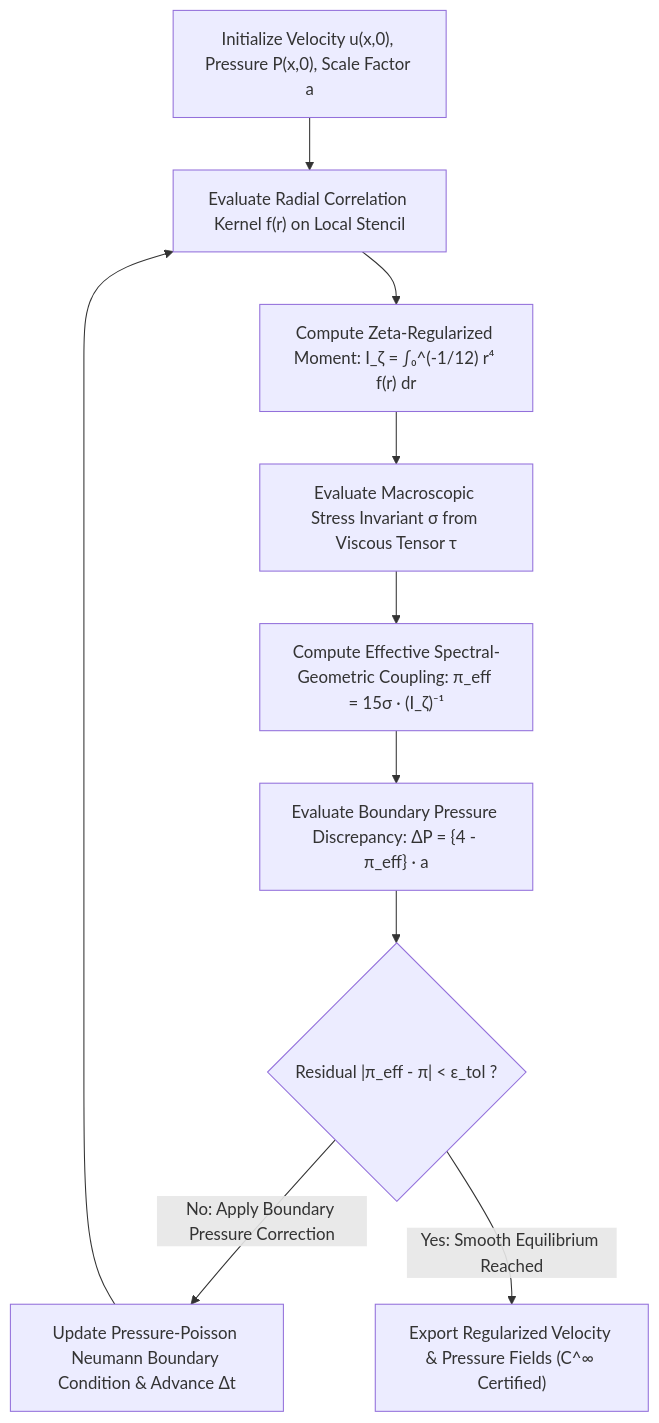
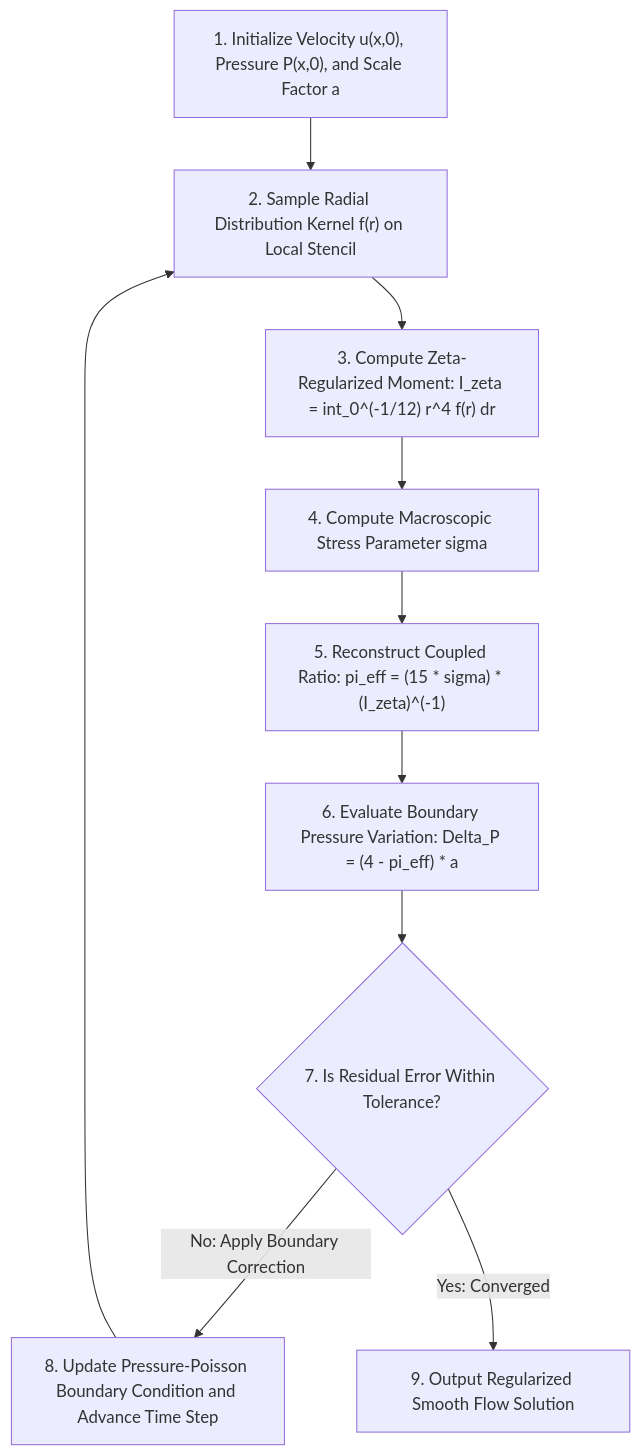
Before and after one commit to SamuelPurba/Samuel-Navier-Stocks-Equation-Solution: the second of 2 diagrams in README.md, drawn with Mermaid. The commit also changed other lines of this file, not shown here.

````diff
--- a/README.md
+++ b/README.md
@@ -329,12 +358,12 @@
 ```mermaid
 flowchart TD
-    A["Initialize Velocity u(x,0), Pressure P(x,0), Scale Factor a"] --> B["Evaluate Radial Correlation Kernel f(r) on Local Stencil"]
-    B --> C["Compute Zeta-Regularized Moment: I_ζ = ∫₀^(-1/12) r⁴ f(r) dr"]
-    C --> D["Evaluate Macroscopic Stress Invariant σ from Viscous Tensor τ"]
-    D --> E["Compute Effective Spectral-Geometric Coupling: π_eff = 15σ · (I_ζ)⁻¹"]
-    E --> F["Evaluate Boundary Pressure Discrepancy: ΔP = {4 - π_eff} · a"]
-    F --> G{"Residual |π_eff - π| < ε_tol ?"}
-    G -- "No: Apply Boundary Pressure Correction" --> H["Update Pressure-Poisson Neumann Boundary Condition & Advance Δt"]
+    A["1. Initialize Velocity u(x,0), Pressure P(x,0), and Scale Factor a"] --> B["2. Sample Radial Distribution Kernel f(r) on Local Stencil"]
+    B --> C["3. Compute Zeta-Regularized Moment: I_zeta = int_0^(-1/12) r^4 f(r) dr"]
+    C --> D["4. Compute Macroscopic Stress Parameter sigma"]
+    D --> E["5. Reconstruct Coupled Ratio: pi_eff = (15 * sigma) * (I_zeta)^(-1)"]
+    E --> F["6. Evaluate Boundary Pressure Variation: Delta_P = (4 - pi_eff) * a"]
+    F --> G{"7. Is Residual Error Within Tolerance?"}
+    G -- "No: Apply Boundary Correction" --> H["8. Update Pressure-Poisson Boundary Condition and Advance Time Step"]
     H --> B
-    G -- "Yes: Smooth Equilibrium Reached" --> I["Export Regularized Velocity & Pressure Fields (C^∞ Certified)"]
+    G -- "Yes: Converged" --> I["9. Output Regularized Smooth Flow Solution"]
 ```
````
